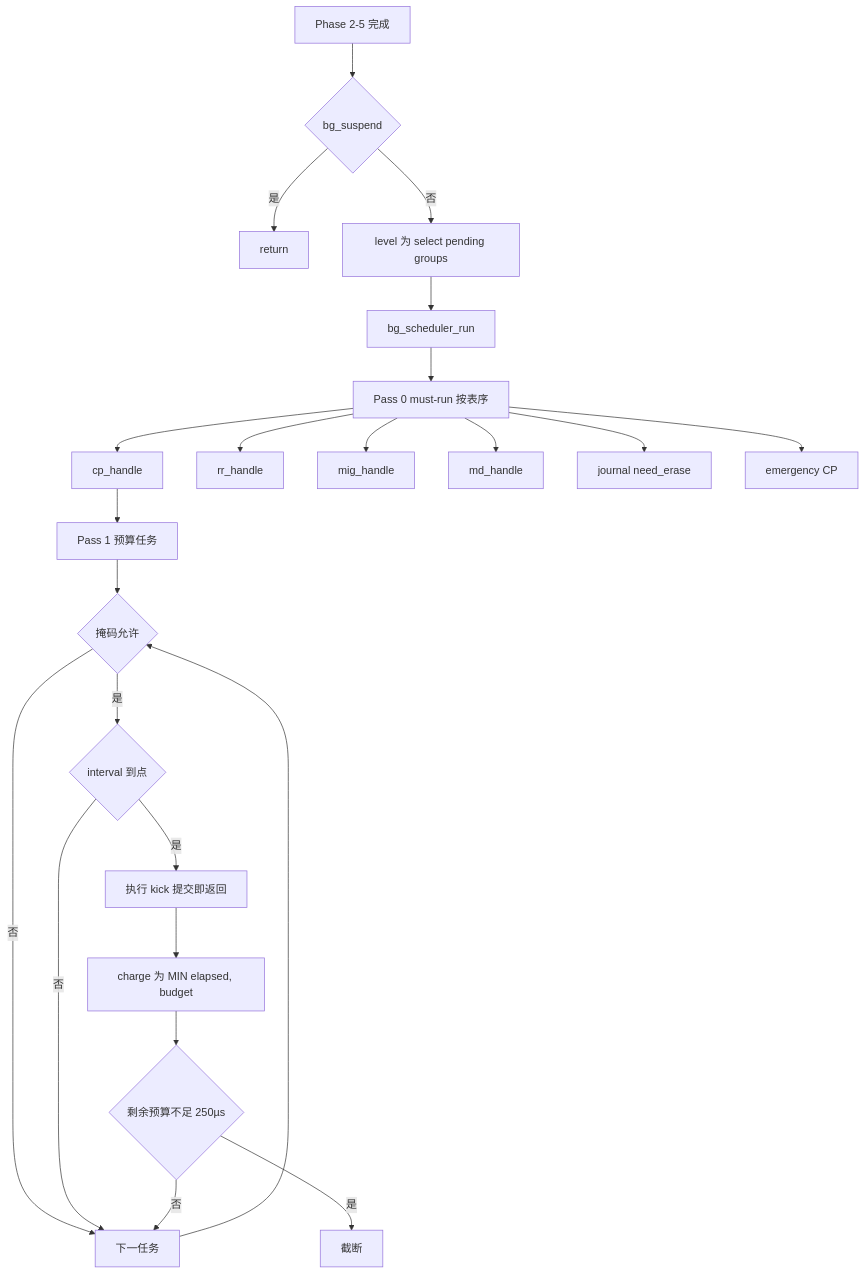
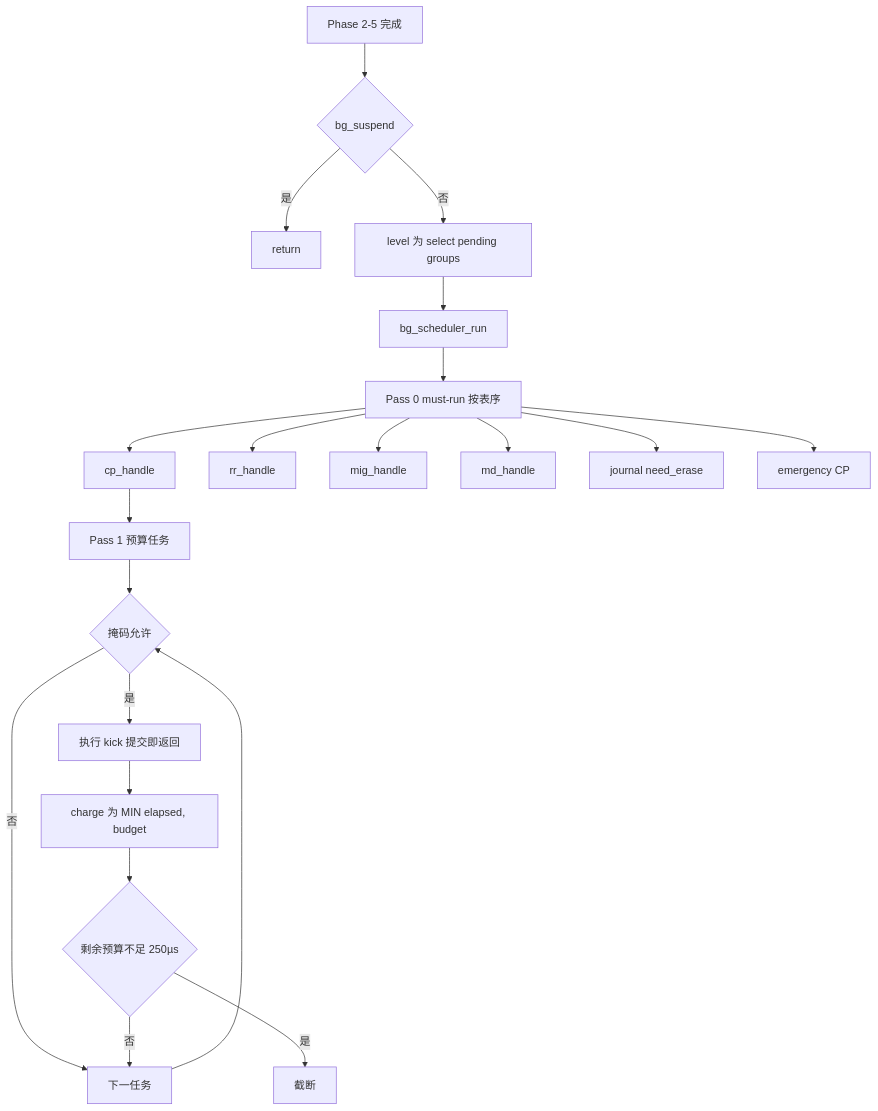
Before and after one commit to YzYMIAO/BASESSD: diagram 33 of 34 in docs/design/ftl_design.md, drawn with Mermaid. The commit also changed other lines of this file and 3 other files, not shown here.

````diff
--- a/docs/design/ftl_design.md
+++ b/docs/design/ftl_design.md
@@ -4596,25 +4676,23 @@
 ```mermaid
 flowchart TD
     A["Phase 2-5 完成"] --> B{"bg_suspend"}
     B -- "是" --> Z["return"]
     B -- "否" --> C["level 为 select pending groups"]
     C --> D["bg_scheduler_run"]
     D --> E["Pass 0 must-run 按表序"]
     E --> E1["cp_handle"]
     E --> E2["rr_handle"]
     E --> E3["mig_handle"]
     E --> E4["md_handle"]
     E --> E5["journal need_erase"]
     E --> E6["emergency CP"]
     E1 --> F["Pass 1 预算任务"]
     F --> F1{"掩码允许"}
     F1 -- "否" --> G["下一任务"]
-    F1 -- "是" --> DUE{"interval 到点"}
-    DUE -- "否" --> G
-    DUE -- "是" --> F3["执行 kick 提交即返回"]
+    F1 -- "是" --> F3["执行 kick 提交即返回"]
     F3 --> F4["charge 为 MIN elapsed, budget"]
     F4 --> F5{"剩余预算不足 250µs"}
     F5 -- "是" --> H["截断"]
     F5 -- "否" --> G
     G --> F1
 ```
````
